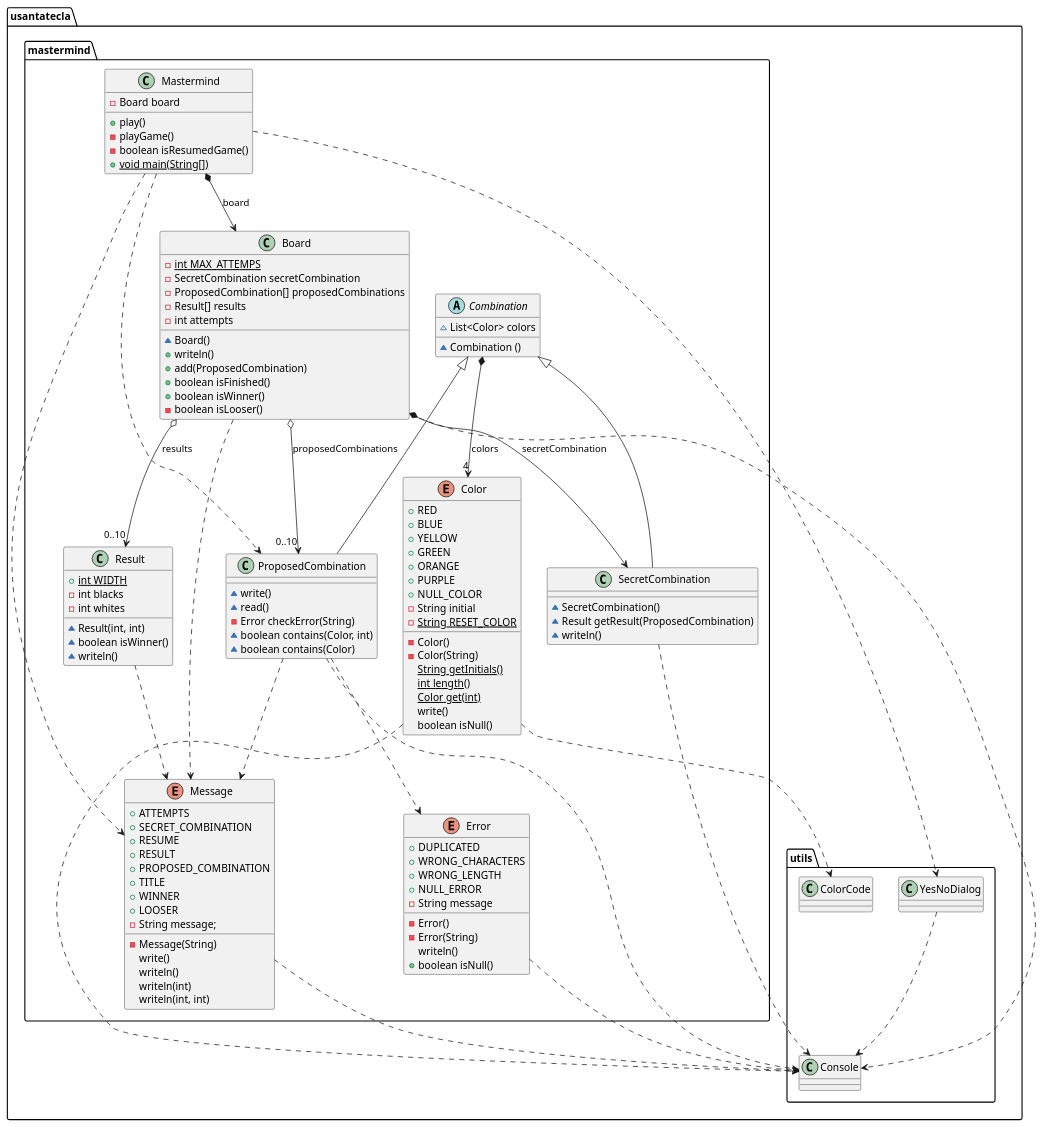
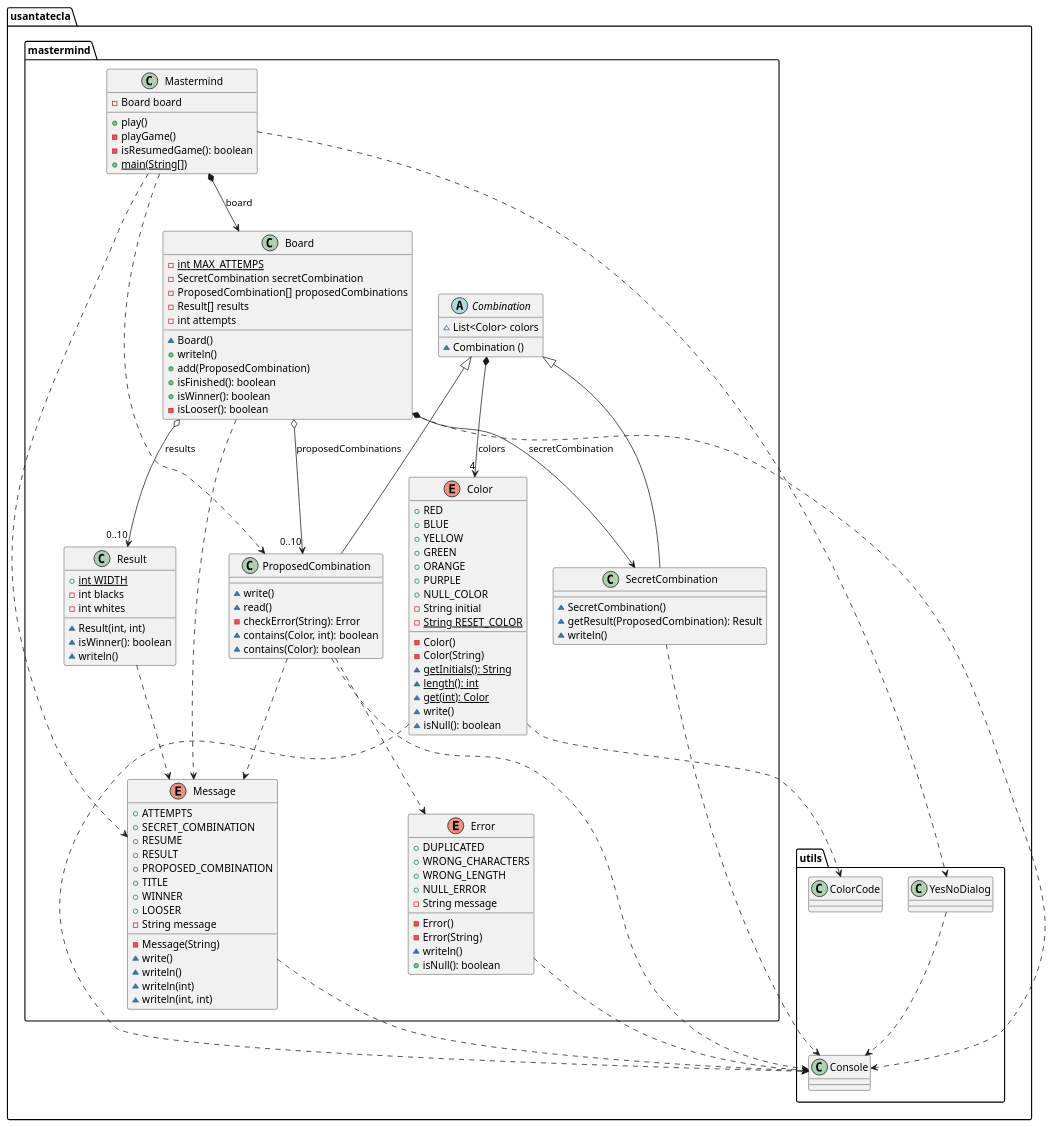
Before and after one commit to SantaTecla-mastermind/solution.java.swing.socket.sql: the first of 2 diagrams in domainModel/docs/diagrams/src/paquetes.plantuml, drawn with PlantUML. The commit also changed other lines of this file and 2 other files, not shown here.

Commit message:
DomainModel diagrams updated #1

```diff
--- a/domainModel/docs/diagrams/src/paquetes.plantuml
+++ b/domainModel/docs/diagrams/src/paquetes.plantuml
@@ -1,145 +1,145 @@
 @startuml mastermind
 package usantatecla.mastermind {
 class Mastermind {
 	- Board board
 	+ play()
 	- playGame()
-	- boolean isResumedGame()
-	+ {static} void main(String[])
+	- isResumedGame(): boolean 
+	+ {static} main(String[])
 }
 
 
 class Board {
   - {static} int MAX_ATTEMPS
   - SecretCombination secretCombination
   - ProposedCombination[] proposedCombinations
   - Result[] results 
   - int attempts
   ~ Board()
   + writeln()
   + add(ProposedCombination)
-  + boolean isFinished()
-  + boolean isWinner()
-  - boolean isLooser()
+  + isFinished(): boolean 
+  + isWinner(): boolean 
+  - isLooser(): boolean 
 }
 
 abstract class Combination {
 	~ List<Color> colors
 	~ Combination ()
 }
 
 class SecretCombination {
 	~ SecretCombination()
-	~ Result getResult(ProposedCombination)
+	~ getResult(ProposedCombination): Result 
 	~ writeln()
 }
 
 class ProposedCombination {
 	~write()
 	~read()
-	- Error checkError(String)
-	~ boolean contains(Color, int)
-	~ boolean contains(Color)
+	- checkError(String): Error 
+	~ contains(Color, int): boolean 
+	~ contains(Color): boolean 
 }
 
 class Result{
 	+ {static} int WIDTH
 	- int blacks
 	- int whites
 	~ Result(int, int)
-	~ boolean isWinner()
+	~ isWinner(): boolean 
 	~ writeln()
 }
 
 enum Color {
 	+ RED
 	+ BLUE
 	+ YELLOW
 	+ GREEN
 	+ ORANGE
 	+ PURPLE
 	+ NULL_COLOR
 	- String initial
 	- {static} String RESET_COLOR
 	- Color()
 	- Color(String)
-	{static} String getInitials()
-	{static} int length()
-	{static} Color get(int)
-	write()
-	boolean isNull()
+	~ {static} getInitials(): String 
+	~ {static} length(): int 
+	~ {static} get(int): Color 
+	~ write()
+	~ isNull(): boolean 
 }
 
 enum Error {
 	+ DUPLICATED
 	+ WRONG_CHARACTERS
 	+ WRONG_LENGTH
 	+ NULL_ERROR
 	- String message
 	- Error()
 	- Error(String)
-	writeln()
-	+ boolean isNull()
+	~ writeln()
+	+ isNull(): boolean 
 }
 
 enum Message {
 	+ ATTEMPTS
 	+ SECRET_COMBINATION
 	+ RESUME
 	+ RESULT
 	+ PROPOSED_COMBINATION
 	+ TITLE
 	+ WINNER
 	+ LOOSER
-	- String message;
+	- String message
 	- Message(String)
-	write()
-	writeln()
-	writeln(int)
-	writeln(int, int)
+	~ write()
+	~ writeln()
+	~ writeln(int)
+	~ writeln(int, int)
 }
 
 
 
 Mastermind *-down-> Board : board
 Mastermind .down.> ProposedCombination
 Board *-down-> SecretCombination : secretCombination
 Board o-down-> "0..10" ProposedCombination : proposedCombinations
 Board o-down-> "0..10" Result : results
 
 Combination *-down-> "4" Color : colors
 Combination <|-down- SecretCombination
 Combination <|-down- ProposedCombination
 ProposedCombination .down.> Error
 
 
 Mastermind .down.> Message
 Board .down.> Message
 ProposedCombination .down.> Message
 Result .down.> Message
 
 }
 
 package usantatecla.utils {
 
 class Console {
 
 
 }
 
 class YesNoDialog {
 
 }
 
 }
 
 YesNoDialog .down.> Console
 Board .down.> Console
 Color .down.> Console
 Color .down.> usantatecla.utils.ColorCode
 Error .down.> Console
 Message .down.> Console
 ProposedCombination .down.> Console
 SecretCombination .down.> Console
 Mastermind .down.> YesNoDialog
 @enduml
```
